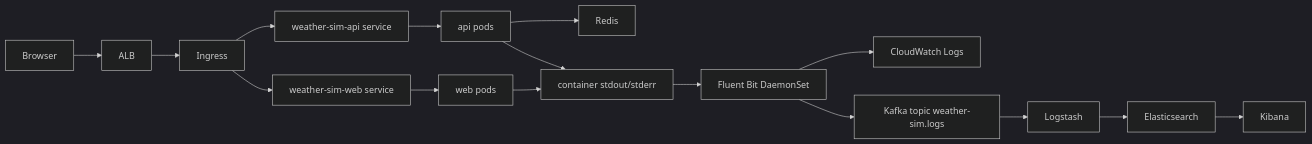
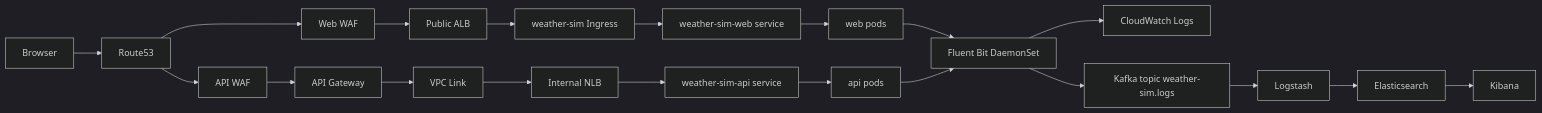
The diagram in docs/architecture.md (yrachakonda/nodejs-weather-docker-poc), drawn with Mermaid (dark theme) before and after one commit. The commit also changed other lines of this file and 50 other files, not shown here.

First line of the commit message:
Enhanced api aws architecture (#7)

````diff
--- a/docs/architecture.md
+++ b/docs/architecture.md
@@ -5,18 +14,22 @@
 ```mermaid
 flowchart LR
-  Browser --> ALB
-  ALB --> Ingress
-  Ingress --> WebService["weather-sim-web service"]
-  Ingress --> APIService["weather-sim-api service"]
-  WebService --> WebPods["web pods"]
-  APIService --> APIPods["api pods"]
-  APIPods --> Redis
-  APIPods --> Stdout["container stdout/stderr"]
-  WebPods --> Stdout
-  Stdout --> FluentBit["Fluent Bit DaemonSet"]
+  Browser --> Route53
+  Route53 --> WebWAF["Web WAF"]
+  Route53 --> APIWAF["API WAF"]
+  WebWAF --> ALB["Public ALB"]
+  APIWAF --> APIGW["API Gateway"]
+  ALB --> Ingress["weather-sim Ingress"]
+  APIGW --> VPCLink["VPC Link"]
+  VPCLink --> NLB["Internal NLB"]
+  Ingress --> WebSvc["weather-sim-web service"]
+  NLB --> APISvc["weather-sim-api service"]
+  WebSvc --> WebPods["web pods"]
+  APISvc --> APIPods["api pods"]
+  WebPods --> FluentBit["Fluent Bit DaemonSet"]
+  APIPods --> FluentBit
   FluentBit --> CloudWatch["CloudWatch Logs"]
   FluentBit --> Kafka["Kafka topic weather-sim.logs"]
   Kafka --> Logstash
   Logstash --> Elasticsearch
   Elasticsearch --> Kibana
 ```
````
